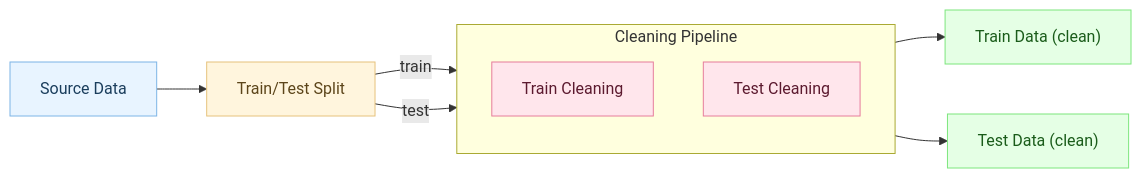
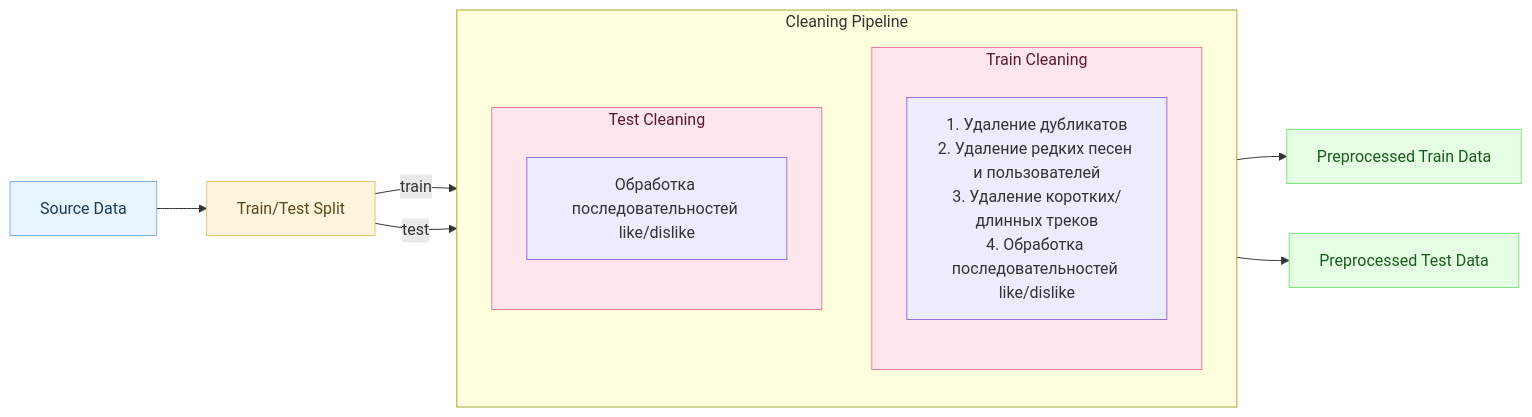
The first of 2 diagrams in README.md (Nastasy822/music-recommendation-experiments), drawn with Mermaid before and after one commit.

Commit message:
docs(readme): update diagram

````diff
--- a/README.md
+++ b/README.md
@@ -106,39 +106,50 @@
 ```mermaid
 flowchart LR
 
     %% === Исходные данные ===
     SRC["Source Data"]
 
     %% === Train/Test Split ===
     SPLIT["Train/Test Split"]
 
     %% === Cleaning блок ===
     subgraph CLEANING["Cleaning Pipeline"]
         direction TB
-        TRAIN_CLN["Train Cleaning"]
-        TEST_CLN["Test Cleaning"]
+
+        %% === Train Cleaning ===
+        subgraph TRAIN_CLN["Train Cleaning"]
+            direction TB
+            N1["1. Удаление дубликатов<br/>2. Удаление редких песен и пользователей<br/>3. Удаление коротких/длинных треков<br/>4. Обработка последовательностей like/dislike"]
+
+        end
+
+        %% === Test Cleaning ===
+        subgraph TEST_CLN["Test Cleaning"]
+            direction TB
+            T1["Обработка последовательностей like/dislike"]
+        end
     end
 
-    PRE_TRAIN["Train Data (clean)"]
-    PRE_TEST["Test Data (clean)"]
+    PRE_TRAIN["Preprocessed Train Data"]
+    PRE_TEST["Preprocessed Test Data"]
 
     %% === Потоки ===
     SRC --> SPLIT
-    SPLIT -->|train| TRAIN_CLN
-    SPLIT -->|test| TEST_CLN
+    SPLIT -->|train| N1
+    SPLIT -->|test| T1
 
-    TRAIN_CLN --> PRE_TRAIN
-    TEST_CLN --> PRE_TEST
+    N1 --> PRE_TRAIN
+    T1 --> PRE_TEST
 
     %% === Стили ===
     classDef source fill:#e8f4ff,stroke:#7db4e6,color:#1a3d5c;
     classDef split fill:#fff5dd,stroke:#e6c27d,color:#5c451a;
     classDef clean fill:#ffe6ec,stroke:#e67d9c,color:#5c1a2f;
     classDef result fill:#e5ffe5,stroke:#7de67d,color:#1a5c1a;
 
     class SRC source;
     class SPLIT split;
     class TRAIN_CLN,TEST_CLN clean;
     class PRE_TRAIN,PRE_TEST result;
 
 ```
````
